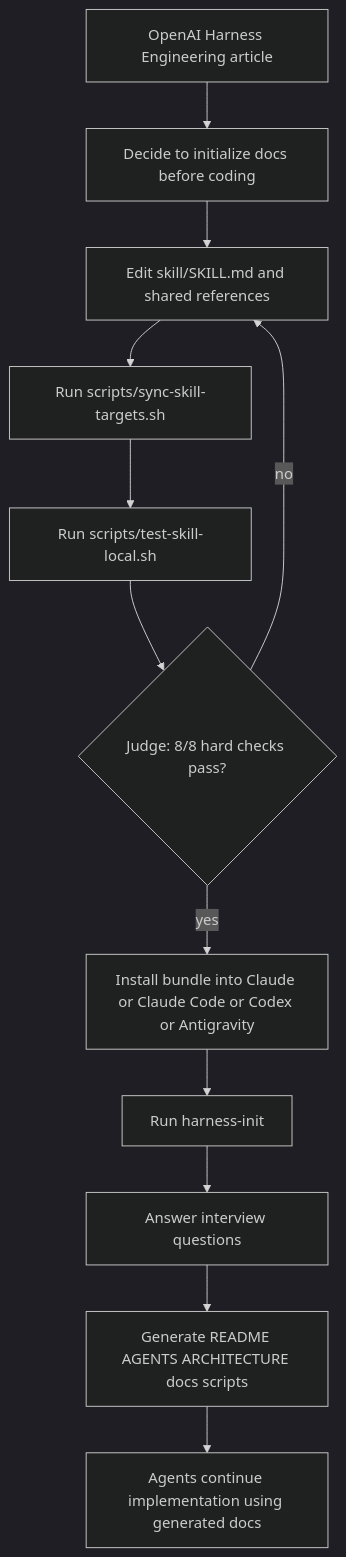
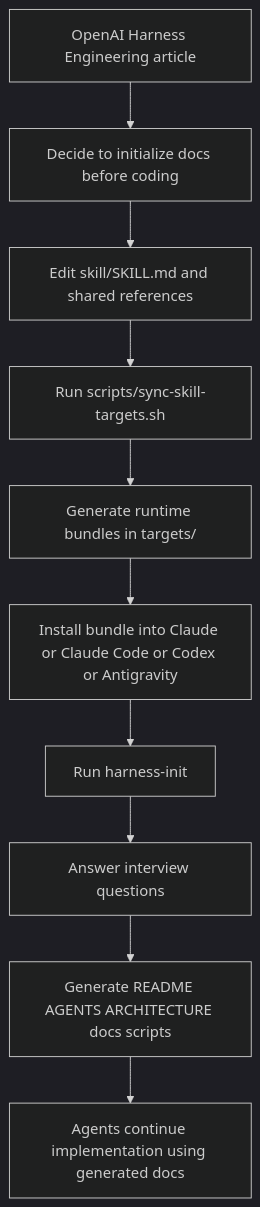
Before and after one commit to gkrtjd99/HarnessEngineeringSkill: the diagram in README.md, drawn with Mermaid (dark theme). The commit also changed other lines of this file, not shown here.

````diff
--- a/README.md
+++ b/README.md
@@ -101,14 +100,12 @@
 ```mermaid
 flowchart TD
     A[OpenAI Harness Engineering article] --> B[Decide to initialize docs before coding]
     B --> C[Edit skill/SKILL.md and shared references]
     C --> D[Run scripts/sync-skill-targets.sh]
-    D --> E[Run scripts/test-skill-local.sh]
-    E --> F{Judge: 8/8 hard checks pass?}
-    F -- no --> C
-    F -- yes --> G[Install bundle into Claude or Claude Code or Codex or Antigravity]
-    G --> H[Run harness-init]
-    H --> I[Answer interview questions]
-    I --> J[Generate README AGENTS ARCHITECTURE docs scripts]
-    J --> K[Agents continue implementation using generated docs]
+    D --> E[Generate runtime bundles in targets/]
+    E --> F[Install bundle into Claude or Claude Code or Codex or Antigravity]
+    F --> G[Run harness-init]
+    G --> H[Answer interview questions]
+    H --> I[Generate README AGENTS ARCHITECTURE docs scripts]
+    I --> J[Agents continue implementation using generated docs]
 ```
````
